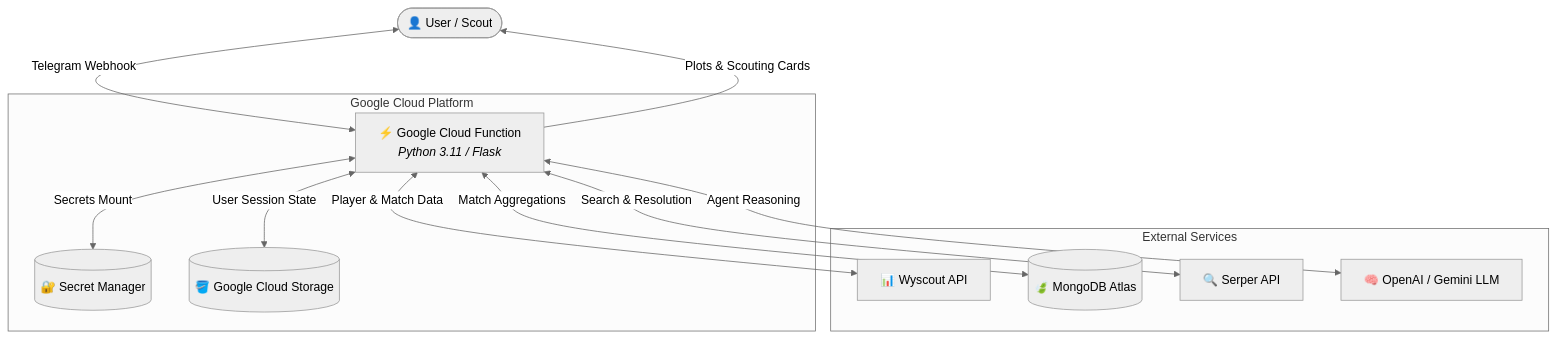
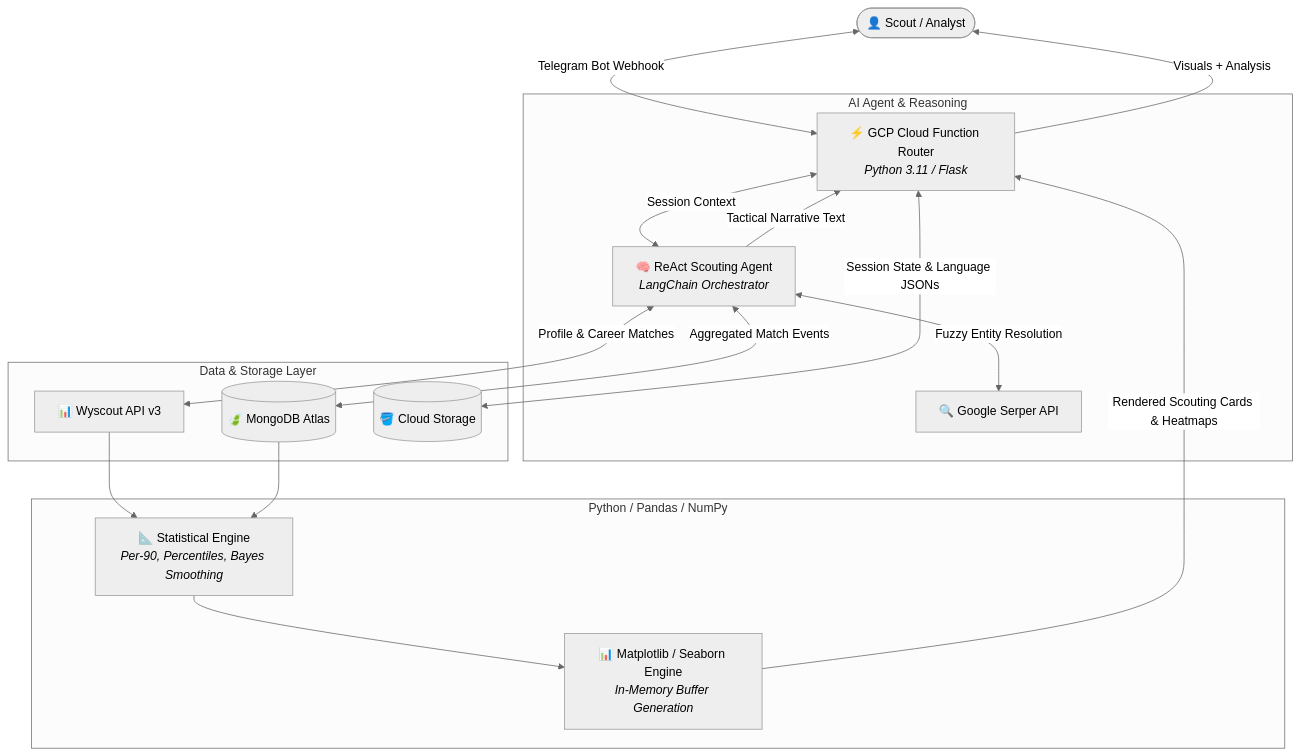
Before and after one commit to Creeepling/ai-football-scouting-bot: the diagram in README.md, drawn with Mermaid (neutral theme). The commit also changed other lines of this file and 2 other files, not shown here.

````diff
--- a/README.md
+++ b/README.md
@@ -25,18 +57,24 @@
 ```mermaid
 flowchart TD
-    User([👤 User / Scout]) <-->|Telegram Webhook| GCF[⚡ Google Cloud Function<br/><i>Python 3.11 / Flask</i>]
+    User([👤 Scout / Analyst]) <-->|Telegram Bot Webhook| Router[⚡ GCP Cloud Function Router<br/><i>Python 3.11 / Flask</i>]
     
-    subgraph Cloud Infrastructure [Google Cloud Platform]
-        GCF <-->|Secrets Mount| SM[(🔐 Secret Manager)]
-        GCF <-->|User Session State| GCS[(🪣 Google Cloud Storage)]
+    subgraph Cognitive Layer [AI Agent & Reasoning]
+        Router <-->|Session Context| Agent[🧠 ReAct Scouting Agent<br/><i>LangChain Orchestrator</i>]
+        Agent <-->|Fuzzy Entity Resolution| Serper[🔍 Google Serper API]
     end
 
-    subgraph External Services
-        GCF <-->|Player & Match Data| WY[📊 Wyscout API]
-        GCF <-->|Match Aggregations| MGO[(🍃 MongoDB Atlas)]
-        GCF <-->|Search & Resolution| SERP[🔍 Serper API]
-        GCF <-->|Agent Reasoning| LLM[🧠 OpenAI / Gemini LLM]
+    subgraph Data & Storage Layer
+        Agent <-->|Profile & Career Matches| WY[📊 Wyscout API v3]
+        Agent <-->|Aggregated Match Events| Mongo[(🍃 MongoDB Atlas)]
+        Router <-->|Session State & Language JSONs| GCS[(🪣 Cloud Storage)]
     end
 
-    GCF -->|Plots & Scouting Cards| User
+    subgraph Deterministic Analytics Engine [Python / Pandas / NumPy]
+        WY & Mongo --> Math[📐 Statistical Engine<br/><i>Per-90, Percentiles, Bayes Smoothing</i>]
+        Math --> Viz[📊 Matplotlib / Seaborn Engine<br/><i>In-Memory Buffer Generation</i>]
+    end
+
+    Viz -->|Rendered Scouting Cards & Heatmaps| Router
+    Agent -->|Tactical Narrative Text| Router
+    Router -->|Visuals + Analysis| User
 ```
````
